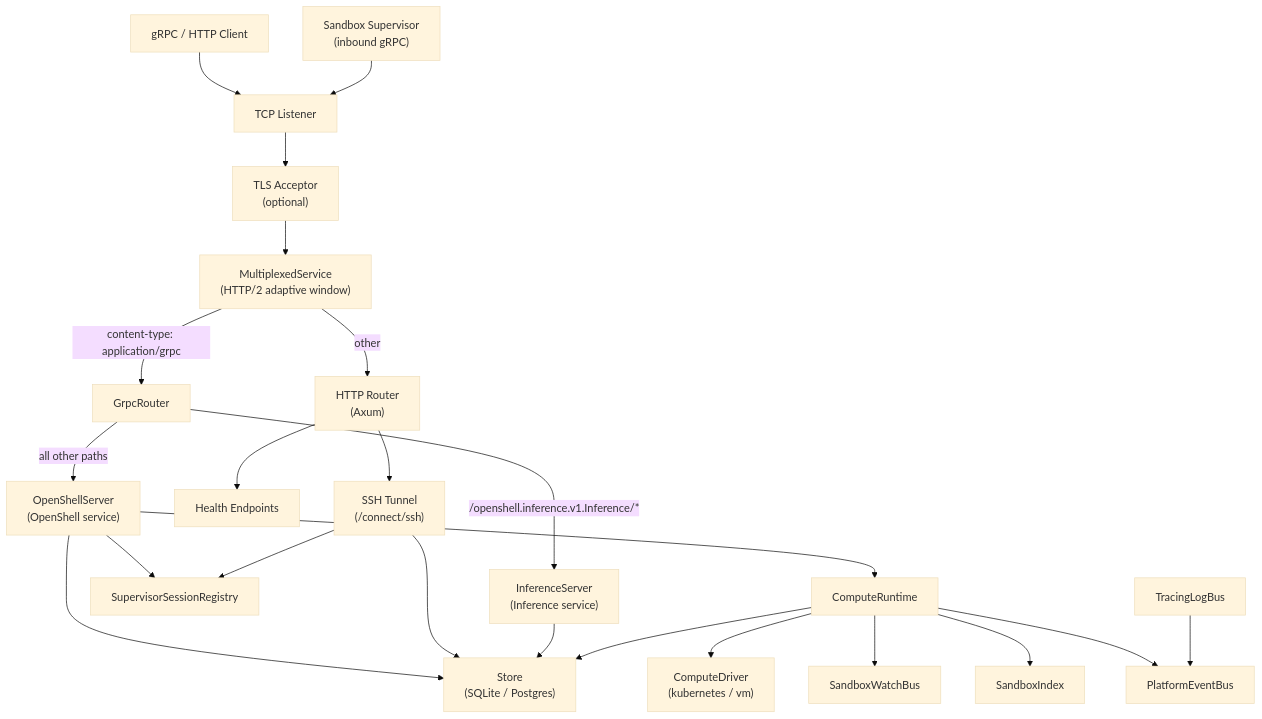
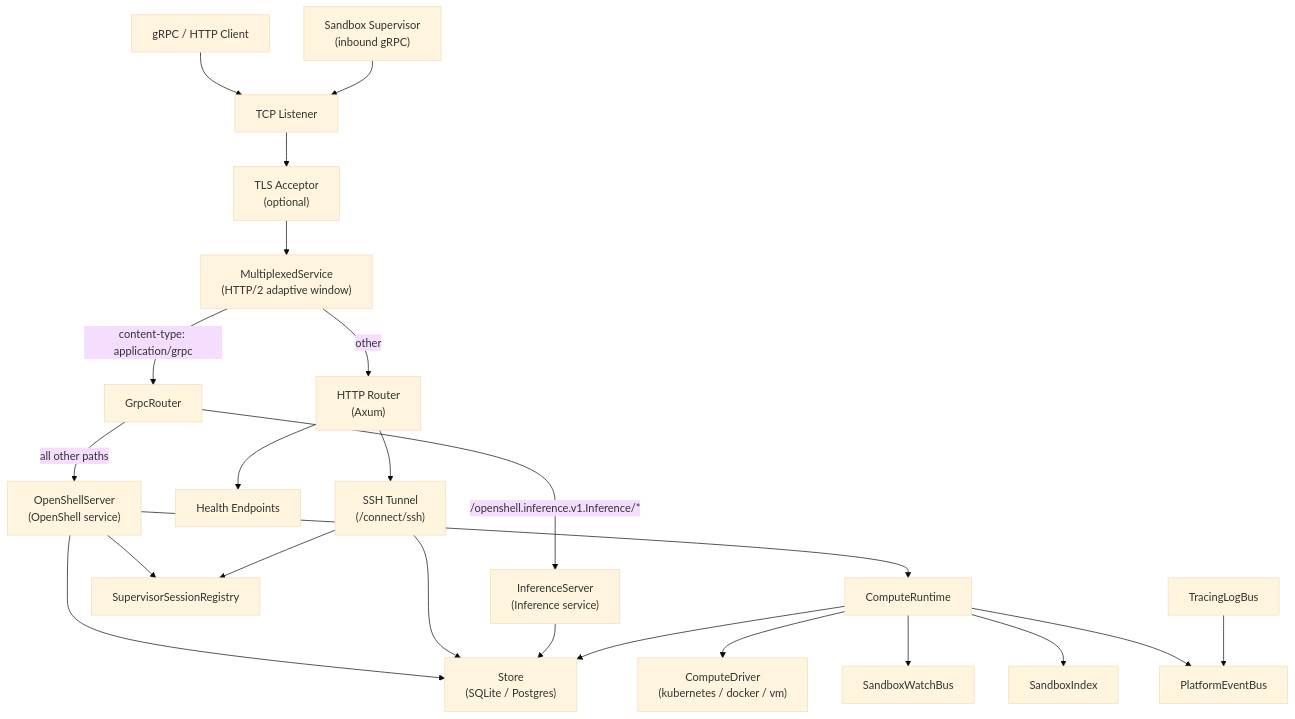
The first of 3 diagrams in architecture/gateway.md (NVIDIA/OpenShell), drawn with Mermaid (base theme) before and after one commit. The commit also changed other lines of this file and 9 other files, not shown here.

Commit message:
feat(server): add bundled docker compute driver

````diff
--- a/architecture/gateway.md
+++ b/architecture/gateway.md
@@ -13,45 +13,45 @@
 ```mermaid
 graph TD
     Client["gRPC / HTTP Client"]
     Supervisor["Sandbox Supervisor<br/>(inbound gRPC)"]
     TCP["TCP Listener"]
     TLS["TLS Acceptor<br/>(optional)"]
     MUX["MultiplexedService<br/>(HTTP/2 adaptive window)"]
     GRPC_ROUTER["GrpcRouter"]
     NAV["OpenShellServer<br/>(OpenShell service)"]
     INF["InferenceServer<br/>(Inference service)"]
     HTTP["HTTP Router<br/>(Axum)"]
     HEALTH["Health Endpoints"]
     SSH_TUNNEL["SSH Tunnel<br/>(/connect/ssh)"]
     SUP_REG["SupervisorSessionRegistry"]
     STORE["Store<br/>(SQLite / Postgres)"]
     COMPUTE["ComputeRuntime"]
-    DRIVER["ComputeDriver<br/>(kubernetes / vm)"]
+    DRIVER["ComputeDriver<br/>(kubernetes / docker / vm)"]
     WATCH_BUS["SandboxWatchBus"]
     LOG_BUS["TracingLogBus"]
     PLAT_BUS["PlatformEventBus"]
     INDEX["SandboxIndex"]
 
     Client --> TCP
     Supervisor --> TCP
     TCP --> TLS
     TLS --> MUX
     MUX -->|"content-type: application/grpc"| GRPC_ROUTER
     MUX -->|"other"| HTTP
     GRPC_ROUTER -->|"/openshell.inference.v1.Inference/*"| INF
     GRPC_ROUTER -->|"all other paths"| NAV
     HTTP --> HEALTH
     HTTP --> SSH_TUNNEL
     NAV --> STORE
     NAV --> COMPUTE
     NAV --> SUP_REG
     SSH_TUNNEL --> STORE
     SSH_TUNNEL --> SUP_REG
     INF --> STORE
     COMPUTE --> DRIVER
     COMPUTE --> STORE
     COMPUTE --> WATCH_BUS
     COMPUTE --> INDEX
     COMPUTE --> PLAT_BUS
     LOG_BUS --> PLAT_BUS
 ```
````
